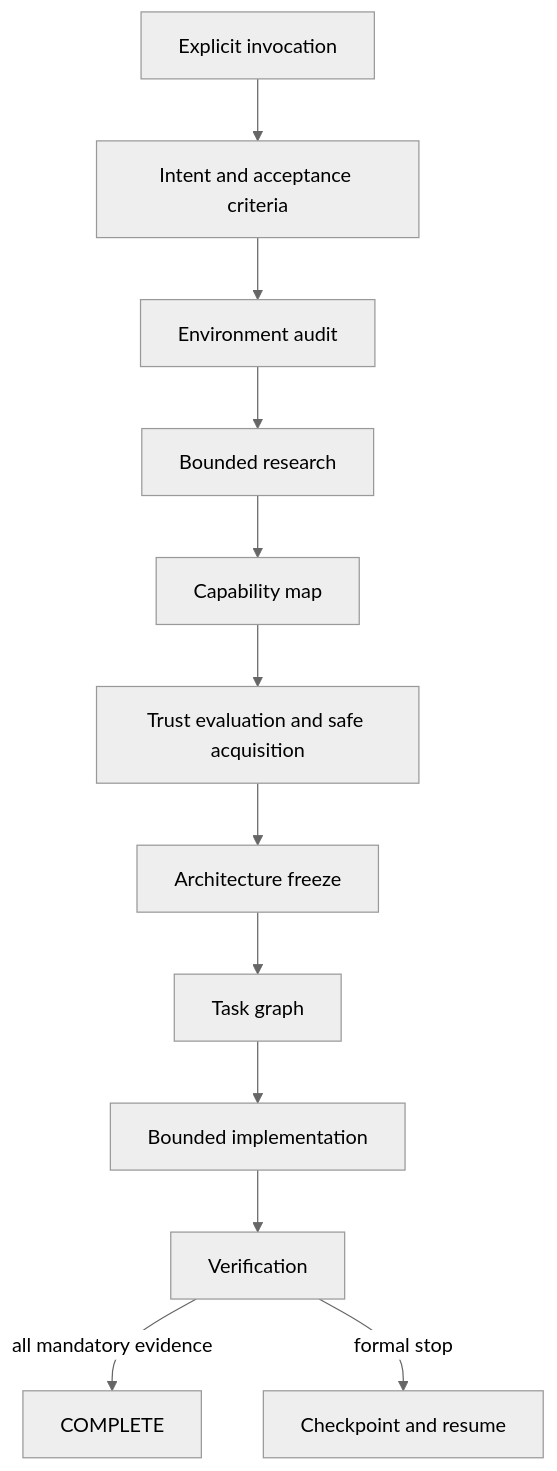
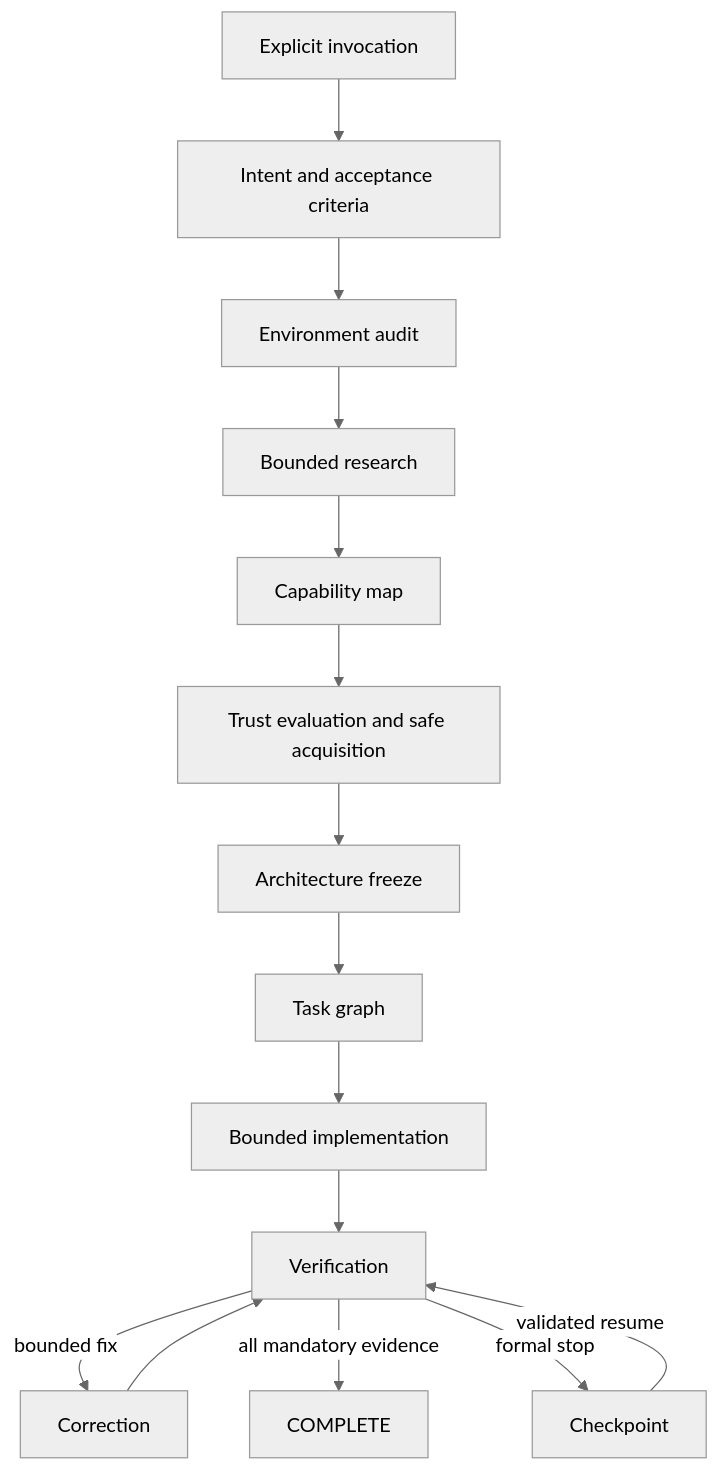
One commit to Soph1yzzz/stackmarshal changed the diagram in README.md. Above: the diagram before and after it, drawn with Mermaid (neutral theme). The commit also changed other lines of this file and 36 other files, not shown here.

````diff
--- a/README.md
+++ b/README.md
@@ -274,14 +283,17 @@
 ```mermaid
 flowchart TD
   U[Explicit invocation] --> I[Intent and acceptance criteria]
   I --> E[Environment audit]
   E --> R[Bounded research]
   R --> C[Capability map]
   C --> T[Trust evaluation and safe acquisition]
   T --> F[Architecture freeze]
   F --> G[Task graph]
   G --> B[Bounded implementation]
   B --> V[Verification]
+  V -->|bounded fix| Q[Correction]
+  Q --> V
   V -->|all mandatory evidence| X[COMPLETE]
-  V -->|formal stop| H[Checkpoint and resume]
+  V -->|formal stop| H[Checkpoint]
+  H -->|validated resume| V
 ```
````
